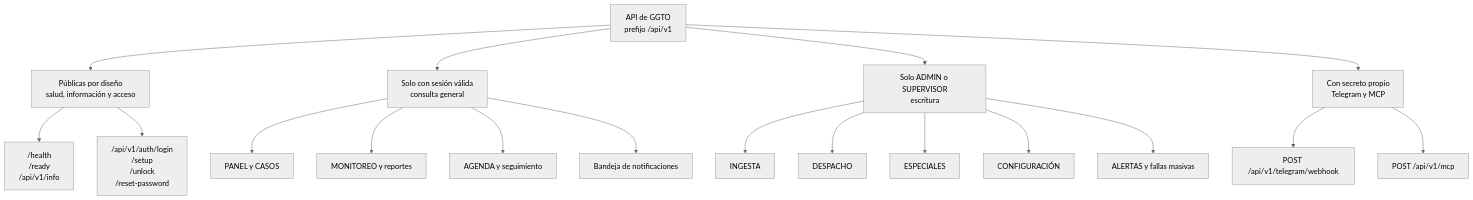
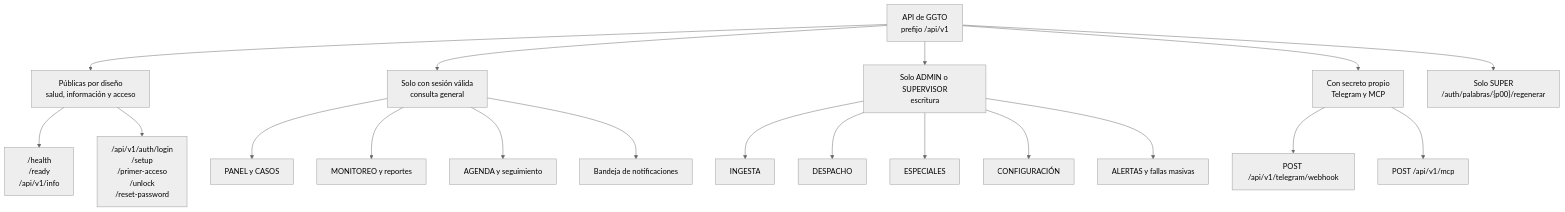
Before and after one commit to anlucorporations/GGTO: the diagram in docs/Manuales/03-Implementacion/09-api-endpoints.md, drawn with Mermaid (neutral theme). The commit also changed other lines of this file and 204 other files, not shown here.

````diff
--- a/docs/Manuales/03-Implementacion/09-api-endpoints.md
+++ b/docs/Manuales/03-Implementacion/09-api-endpoints.md
@@ -25,21 +25,22 @@
 ```mermaid
 flowchart TB
     API["API de GGTO<br/>prefijo /api/v1"]
     API --> PUB["Públicas por diseño<br/>salud, información y acceso"]
     API --> AUT["Solo con sesión válida<br/>consulta general"]
     API --> ESC["Solo ADMIN o SUPERVISOR<br/>escritura"]
     API --> SEC["Con secreto propio<br/>Telegram y MCP"]
     PUB --> H["/health<br/>/ready<br/>/api/v1/info"]
-    PUB --> A["/api/v1/auth/login<br/>/setup<br/>/unlock<br/>/reset-password"]
+    PUB --> A["/api/v1/auth/login<br/>/setup<br/>/primer-acceso<br/>/unlock<br/>/reset-password"]
     AUT --> C1["PANEL y CASOS"]
     AUT --> C2["MONITOREO y reportes"]
     AUT --> C3["AGENDA y seguimiento"]
     AUT --> C4["Bandeja de notificaciones"]
+    API --> SUP["Solo SUPER<br/>/auth/palabras/{p00}/regenerar"]
     ESC --> E1["INGESTA"]
     ESC --> E2["DESPACHO"]
     ESC --> E3["ESPECIALES"]
     ESC --> E4["CONFIGURACIÓN"]
     ESC --> E5["ALERTAS y fallas masivas"]
     SEC --> S1["POST /api/v1/telegram/webhook"]
     SEC --> S2["POST /api/v1/mcp"]
 ```
````
